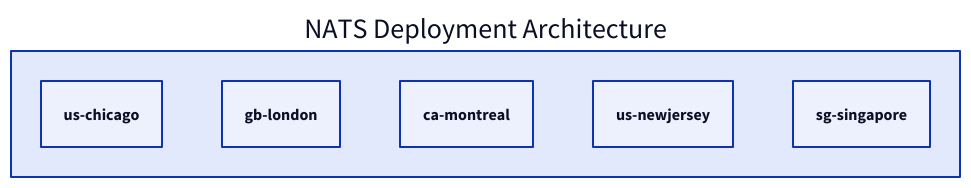
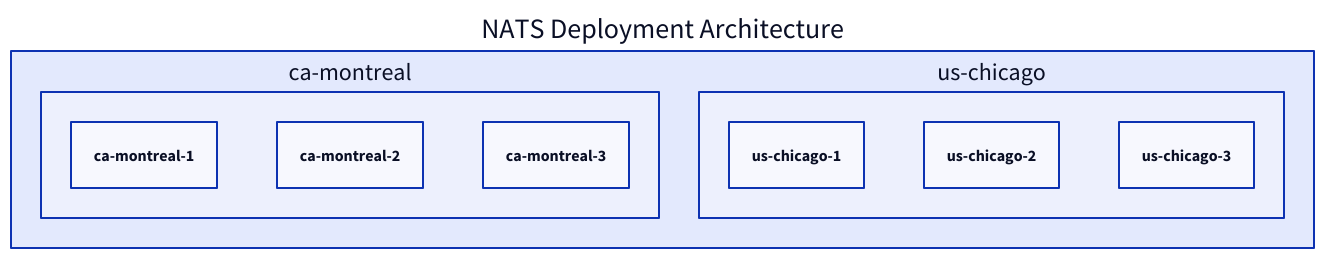
One commit to qjcg/templates changed the diagram in nats/compose_multicluster/docs/deployment-architecture.d2. Above: the diagram before and after it, drawn with D2. The commit also changed 13 other files, not shown here.

Commit message:
refactor(nats): Update compose, conf, and diagram generation

```diff
--- a/nats/compose_multicluster/docs/deployment-architecture.d2
+++ b/nats/compose_multicluster/docs/deployment-architecture.d2
@@ -1,8 +1,14 @@
 root: "NATS Deployment Architecture" {
+ca-montreal: {
+	 ca-montreal-1
+	 ca-montreal-2
+	 ca-montreal-3
+}
 
-	us-chicago
-	gb-london
-	ca-montreal
-	us-newjersey
-	sg-singapore
+us-chicago: {
+	 us-chicago-1
+	 us-chicago-2
+	 us-chicago-3
 }
+
+}
```
